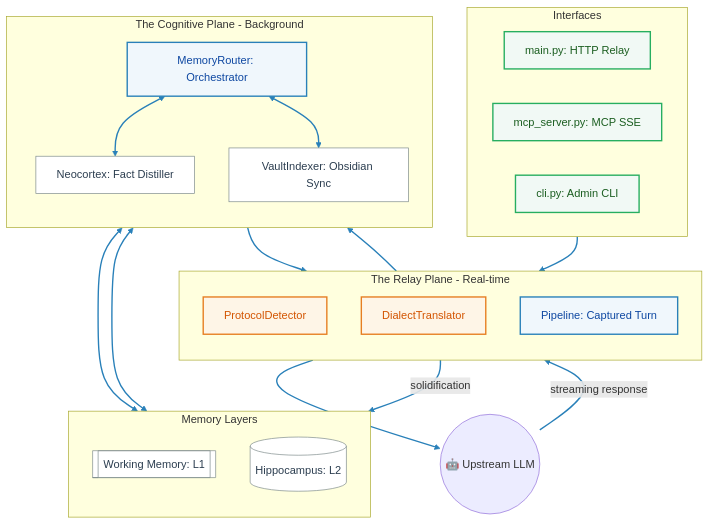
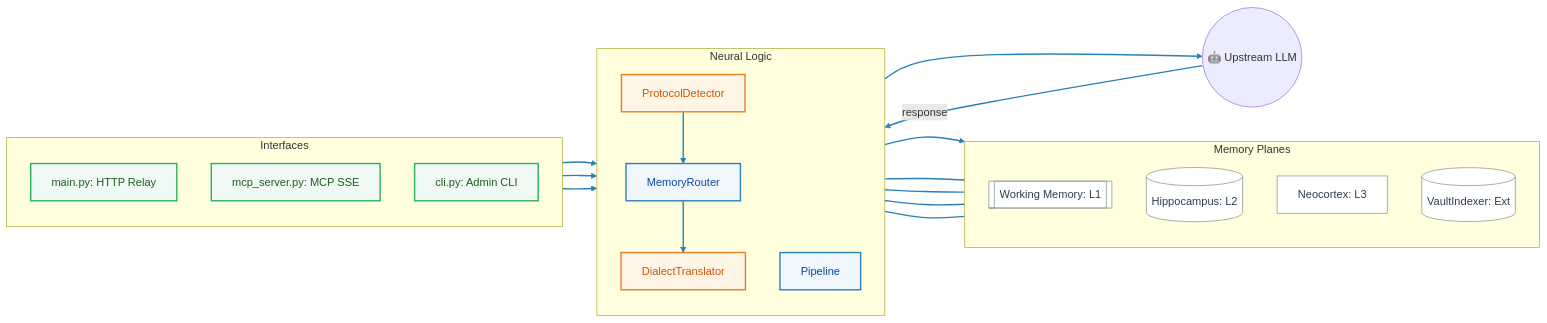
Before and after one commit to winnerineast/ClawBrain: the diagram in README.md, drawn with Mermaid. The commit also changed 1 other file, not shown here.

Commit message:
fix(docs): stabilize Mermaid architecture diagram using linear LR layout

````diff
--- a/README.md
+++ b/README.md
@@ -156,49 +156,48 @@
 ```mermaid
-flowchart TD
+flowchart LR
     %% Professional Color Palette
     classDef interface_node stroke:#27ae60,stroke-width:2px,fill:#f1f9f5,color:#1b5e20
     classDef gateway_node stroke:#e67e22,stroke-width:2px,fill:#fef5e7,color:#d35400
     classDef core_node stroke:#2980b9,stroke-width:2px,fill:#f0f7fc,color:#0d47a1
     classDef memory_node stroke:#7f8c8d,stroke-width:1px,fill:#ffffff,color:#2c3e50
 
     subgraph Ingress [Interfaces]
-        direction LR
+        direction TB
         API[main.py: HTTP Relay]:::interface_node
         MCP[mcp_server.py: MCP SSE]:::interface_node
         CLI[cli.py: Admin CLI]:::interface_node
     end
 
-    subgraph RelayPlane [The Relay Plane - Real-time]
+    subgraph Logic [Neural Logic]
         direction TB
         Detector[ProtocolDetector]:::gateway_node
+        Router[MemoryRouter]:::core_node
         Translator[DialectTranslator]:::gateway_node
-        Pipe[Pipeline: Captured Turn]:::core_node
+        Pipe[Pipeline]:::core_node
     end
 
-    subgraph CognitivePlane [The Cognitive Plane - Background]
-        direction TB
-        Router[MemoryRouter: Orchestrator]:::core_node
-        Neo[Neocortex: Fact Distiller]:::memory_node
-        Vault[VaultIndexer: Obsidian Sync]:::memory_node
-    end
-
-    subgraph Storage [Memory Layers]
+    subgraph Storage [Memory Planes]
         direction TB
         L1[[Working Memory: L1]]:::memory_node
         L2[(Hippocampus: L2)]:::memory_node
+        L3[Neocortex: L3]:::memory_node
+        Ext[(VaultIndexer: Ext)]:::memory_node
     end
 
-    Ingress --> Detector
+    %% Flow: Specific Node-to-Node links are most stable
+    API & MCP & CLI --> Detector
     Detector --> Router
-    Router <--> L1
-    Router <--> L2
-    Router <--> Neo
-    Router <--> Vault
     Router --> Translator
     Translator --> LLM((🤖 Upstream LLM))
-    LLM -- streaming response --> Pipe
-    Pipe -- solidification --> L2
+    LLM -- response --> Pipe
+    Pipe --> L2
+
+    %% Memory orchestration (non-directional for layout stability)
+    Router --- L1
+    Router --- L2
+    Router --- L3
+    Router --- Ext
 
     %% Style all links globally
     linkStyle default stroke:#2980b9,stroke-width:2px
 ```
````
